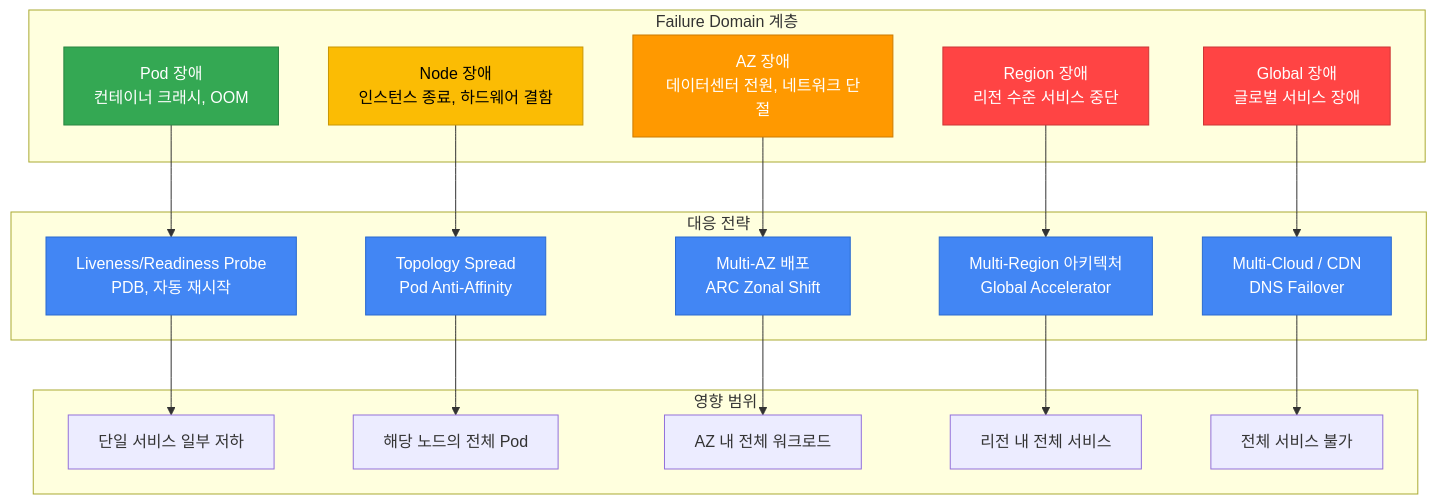
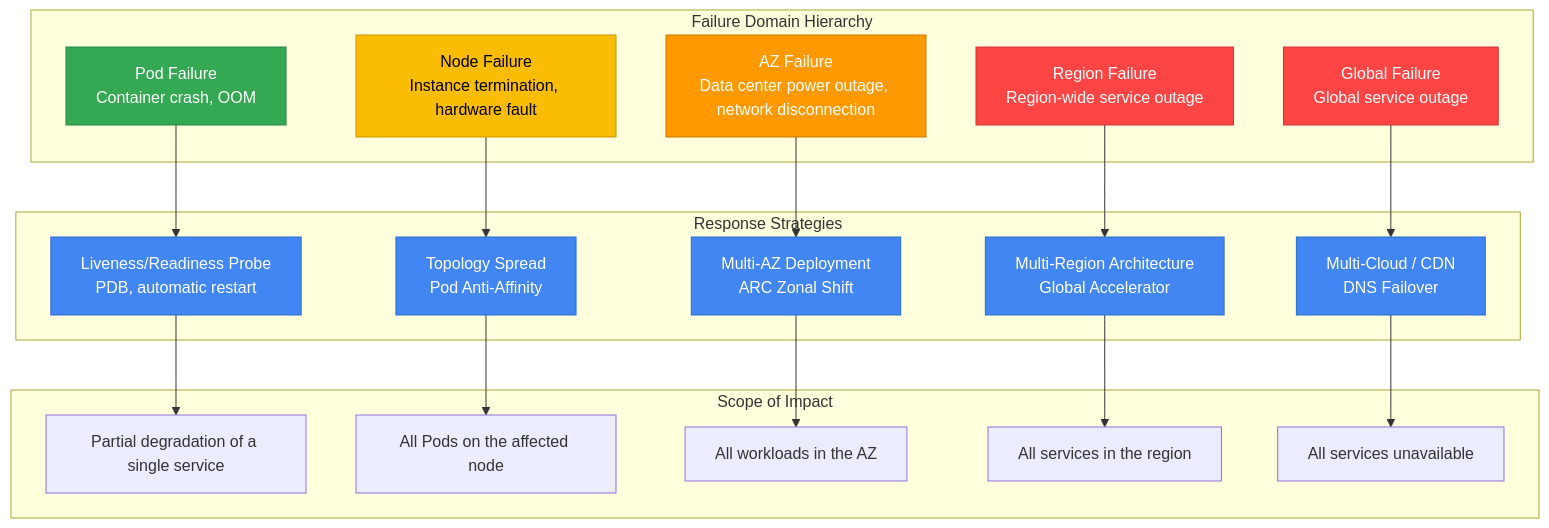
One commit to devfloor9/engineering-playbook changed the first of 7 diagrams in docs/eks-best-practices/operations-reliability/eks-resiliency-guide.md. Above: the diagram before and after it, drawn with Mermaid. The commit also changed other lines of this file and 954 other files, not shown here.

````diff
--- a/docs/eks-best-practices/operations-reliability/eks-resiliency-guide.md
+++ b/docs/eks-best-practices/operations-reliability/eks-resiliency-guide.md
@@ -30,49 +30,49 @@
 ```mermaid
 graph TB
-    subgraph "Failure Domain 계층"
-        POD[Pod 장애<br/>컨테이너 크래시, OOM]
-        NODE[Node 장애<br/>인스턴스 종료, 하드웨어 결함]
-        AZ[AZ 장애<br/>데이터센터 전원, 네트워크 단절]
-        REGION[Region 장애<br/>리전 수준 서비스 중단]
-        GLOBAL[Global 장애<br/>글로벌 서비스 장애]
+    subgraph "Failure Domain Hierarchy"
+        POD[Pod Failure<br/>Container crash, OOM]
+        NODE[Node Failure<br/>Instance termination, hardware fault]
+        AZ[AZ Failure<br/>Data center power outage, network disconnection]
+        REGION[Region Failure<br/>Region-wide service outage]
+        GLOBAL[Global Failure<br/>Global service outage]
     end
 
-    subgraph "대응 전략"
-        S1[Liveness/Readiness Probe<br/>PDB, 자동 재시작]
+    subgraph "Response Strategies"
+        S1[Liveness/Readiness Probe<br/>PDB, automatic restart]
         S2[Topology Spread<br/>Pod Anti-Affinity]
-        S3[Multi-AZ 배포<br/>ARC Zonal Shift]
-        S4[Multi-Region 아키텍처<br/>Global Accelerator]
+        S3[Multi-AZ Deployment<br/>ARC Zonal Shift]
+        S4[Multi-Region Architecture<br/>Global Accelerator]
         S5[Multi-Cloud / CDN<br/>DNS Failover]
     end
 
-    subgraph "영향 범위"
-        I1[단일 서비스 일부 저하]
-        I2[해당 노드의 전체 Pod]
-        I3[AZ 내 전체 워크로드]
-        I4[리전 내 전체 서비스]
-        I5[전체 서비스 불가]
+    subgraph "Scope of Impact"
+        I1[Partial degradation of a single service]
+        I2[All Pods on the affected node]
+        I3[All workloads in the AZ]
+        I4[All services in the region]
+        I5[All services unavailable]
     end
 
     POD --> S1
     NODE --> S2
     AZ --> S3
     REGION --> S4
     GLOBAL --> S5
 
     S1 --> I1
     S2 --> I2
     S3 --> I3
     S4 --> I4
     S5 --> I5
 
     style POD fill:#34a853,stroke:#2a8642,color:#fff
     style NODE fill:#fbbc04,stroke:#c99603,color:#000
     style AZ fill:#ff9900,stroke:#cc7a00,color:#fff
     style REGION fill:#ff4444,stroke:#cc3636,color:#fff
     style GLOBAL fill:#ff4444,stroke:#cc3636,color:#fff
     style S1 fill:#4286f4,stroke:#2a6acf,color:#fff
     style S2 fill:#4286f4,stroke:#2a6acf,color:#fff
     style S3 fill:#4286f4,stroke:#2a6acf,color:#fff
     style S4 fill:#4286f4,stroke:#2a6acf,color:#fff
     style S5 fill:#4286f4,stroke:#2a6acf,color:#fff
 ```
````
